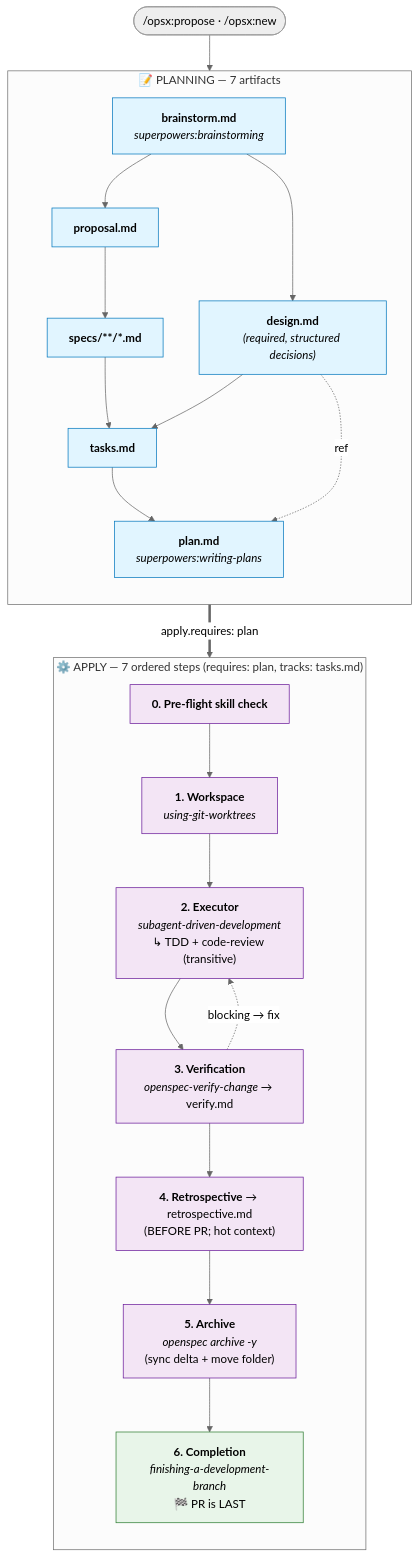
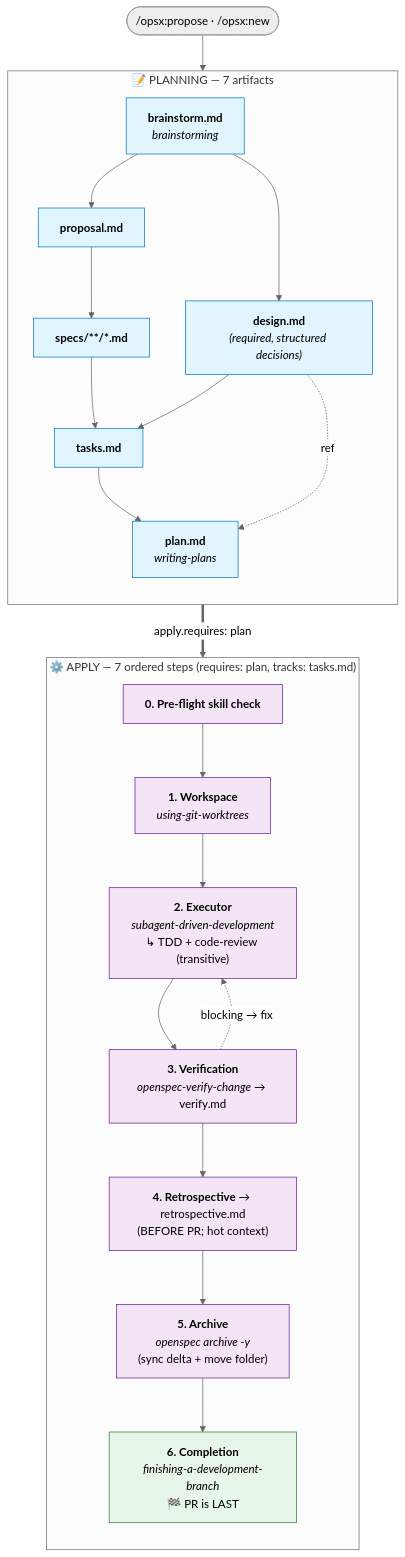
The diagram in embed/assets/schemas/superpowers-bridge/README.md (9Ashwin/spec-cli), drawn with Mermaid (neutral theme) before and after one commit. The commit also changed other lines of this file and 8 other files, not shown here.

First line of the commit message:
fix: remove superpowers: prefix from skill names in schema

````diff
--- a/embed/assets/schemas/superpowers-bridge/README.md
+++ b/embed/assets/schemas/superpowers-bridge/README.md
@@ -244,48 +244,48 @@
 ```mermaid
 flowchart TD
     Start([/opsx:propose · /opsx:new])
 
     subgraph Plan ["📝 PLANNING — 7 artifacts"]
         direction TB
-        BS["<b>brainstorm.md</b><br/><i>superpowers:brainstorming</i>"]
+        BS["<b>brainstorm.md</b><br/><i>brainstorming</i>"]
         PROP["<b>proposal.md</b>"]
         DES["<b>design.md</b><br/><i>(required, structured decisions)</i>"]
         SP["<b>specs/**/*.md</b>"]
         TK["<b>tasks.md</b>"]
-        PL["<b>plan.md</b><br/><i>superpowers:writing-plans</i>"]
+        PL["<b>plan.md</b><br/><i>writing-plans</i>"]
 
         BS --> PROP
         BS --> DES
         PROP --> SP
         SP --> TK
         DES --> TK
         TK --> PL
         DES -. ref .-> PL
     end
 
     subgraph Apply ["⚙️ APPLY — 7 ordered steps (requires: plan, tracks: tasks.md)"]
         direction TB
         A0["<b>0. Pre-flight skill check</b>"]
         A1["<b>1. Workspace</b><br/><i>using-git-worktrees</i>"]
         A2["<b>2. Executor</b><br/><i>subagent-driven-development</i><br/>↳ TDD + code-review (transitive)"]
         A3["<b>3. Verification</b><br/><i>openspec-verify-change</i> → verify.md"]
         A4["<b>4. Retrospective</b> → retrospective.md<br/>(BEFORE PR; hot context)"]
         A5["<b>5. Archive</b><br/><i>openspec archive <change-name> -y</i><br/>(sync delta + move folder)"]
         A6["<b>6. Completion</b><br/><i>finishing-a-development-branch</i><br/>🏁 PR is LAST"]
 
         A0 --> A1 --> A2 --> A3
         A3 -. blocking → fix .-> A2
         A3 --> A4 --> A5 --> A6
     end
 
     Start --> BS
     PL ==>|apply.requires: plan| A0
 
     classDef artifact fill:#e1f5ff,stroke:#0277bd,color:#000
     classDef step fill:#f3e5f5,stroke:#6a1b9a,color:#000
     classDef capstone fill:#e8f5e9,stroke:#2e7d32,color:#000
 
     class BS,PROP,DES,SP,TK,PL artifact
     class A0,A1,A2,A3,A4,A5 step
     class A6 capstone
 ```
````
